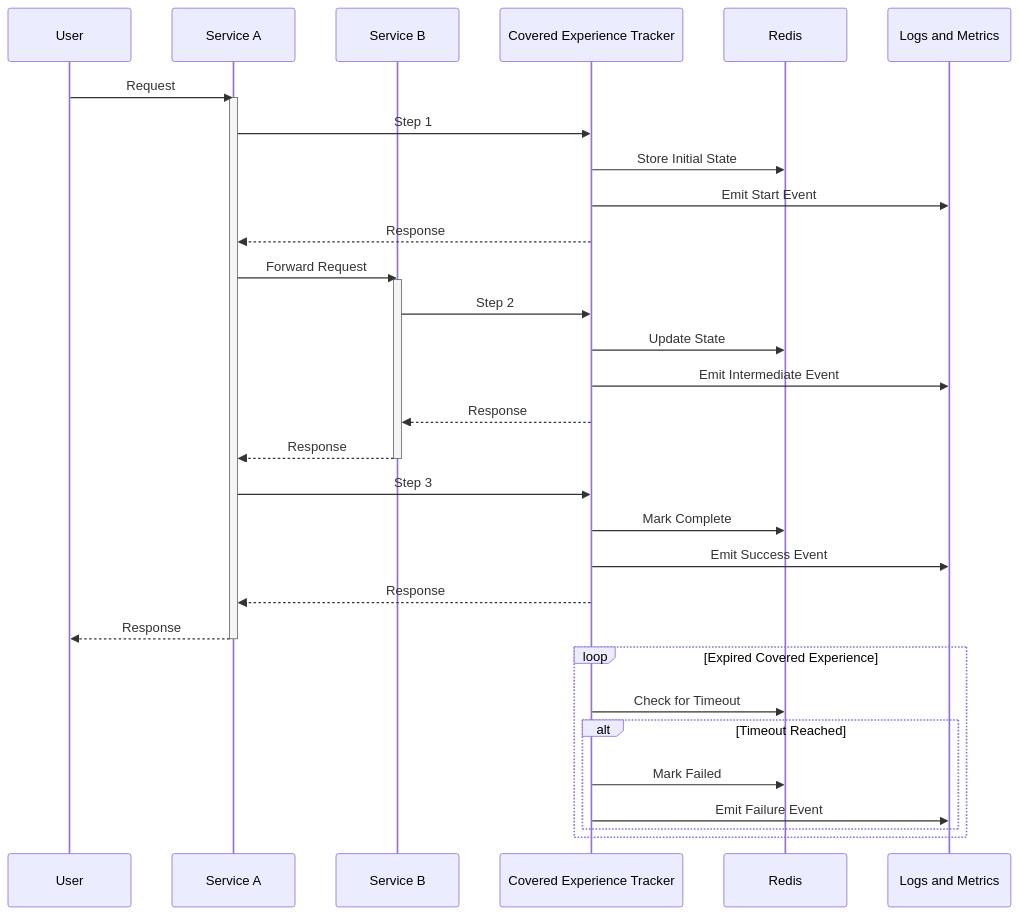
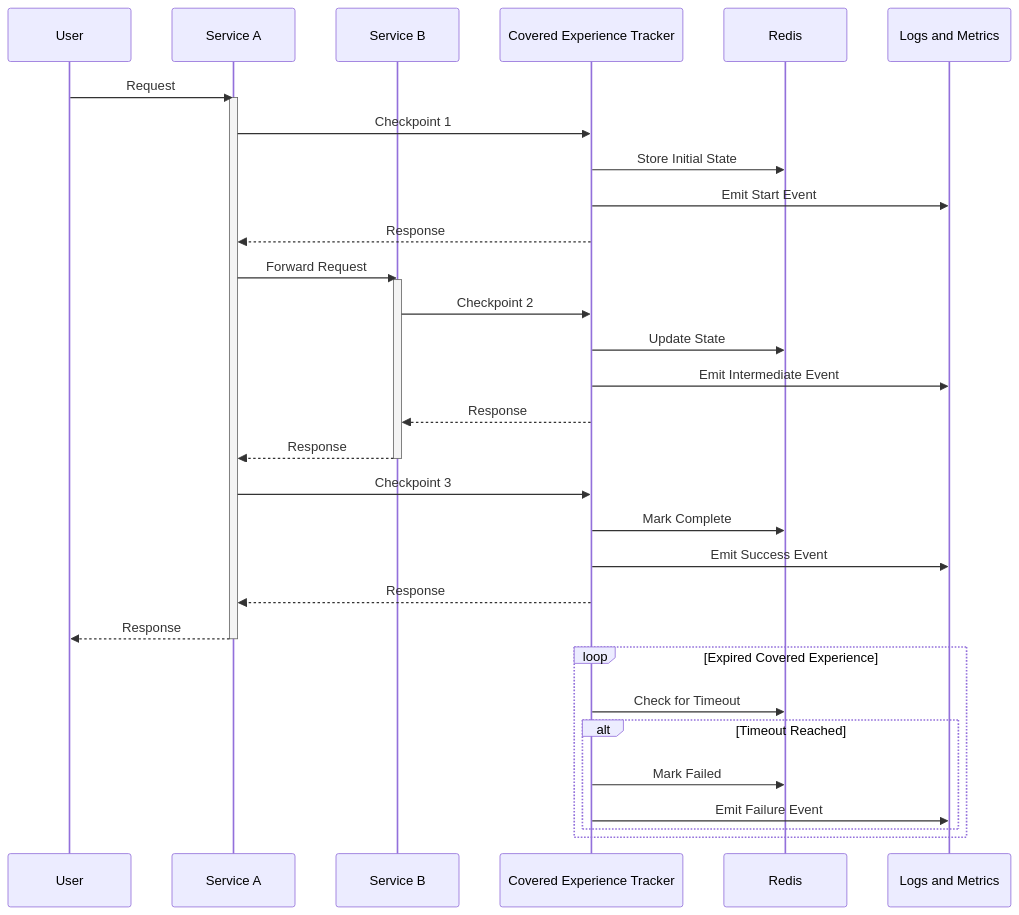
The second of 3 diagrams in content/handbook/engineering/architecture/design-documents/covered_experience_slis/next_step.md (zalyoung/gitlab-handbook), drawn with Mermaid before and after one commit. The commit also changed other lines of this file, not shown here.

````diff
--- a/content/handbook/engineering/architecture/design-documents/covered_experience_slis/next_step.md
+++ b/content/handbook/engineering/architecture/design-documents/covered_experience_slis/next_step.md
@@ -99,44 +104,44 @@
 ```mermaid
 sequenceDiagram
     participant User
     participant App as Service A
     participant AppB as Service B
     participant Tracker as Covered Experience Tracker
     participant Redis
     participant Event as Logs and Metrics
 
     User->>App: Request
     activate App
 
-    App->>Tracker: Step 1
+    App->>Tracker: Checkpoint 1
     Tracker->>Redis: Store Initial State
     Tracker->>Event: Emit Start Event
     Tracker-->>App: Response
 
     App->>AppB: Forward Request
     activate AppB
 
-    AppB->>Tracker: Step 2
+    AppB->>Tracker: Checkpoint 2
     Tracker->>Redis: Update State
     Tracker->>Event: Emit Intermediate Event
     Tracker-->>AppB: Response
 
     AppB-->>App: Response
     deactivate AppB
 
-    App->>Tracker: Step 3
+    App->>Tracker: Checkpoint 3
     Tracker->>Redis: Mark Complete
     Tracker->>Event: Emit Success Event
     Tracker-->>App: Response
 
     App-->>User: Response
     deactivate App
 
     loop Expired Covered Experience
         Tracker->>Redis: Check for Timeout
         alt Timeout Reached
             Tracker->>Redis: Mark Failed
             Tracker->>Event: Emit Failure Event
         end
     end
 ```
````
